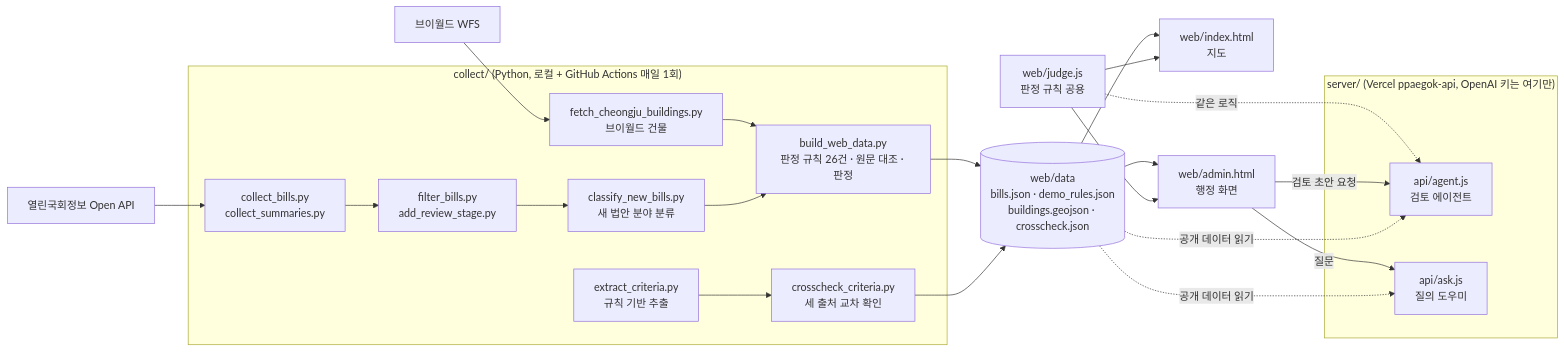
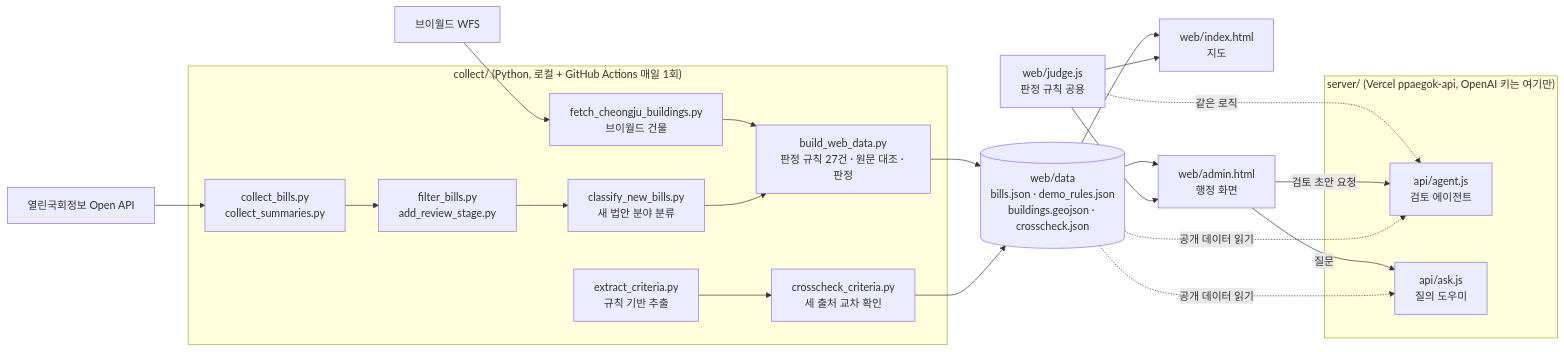
One commit to cbnu-lawmap/law-impact-map changed the diagram in README.md. Above: the diagram before and after it, drawn with Mermaid. The commit also changed other lines of this file and 9 other files, not shown here.

````diff
--- a/README.md
+++ b/README.md
@@ -85,25 +85,25 @@
 ```mermaid
 flowchart LR
   subgraph collect["collect/ (Python, 로컬 + GitHub Actions 매일 1회)"]
     A1[collect_bills.py<br/>collect_summaries.py] --> A2[filter_bills.py<br/>add_review_stage.py]
     A2 --> A3[classify_new_bills.py<br/>새 법안 분야 분류]
     A4[fetch_cheongju_buildings.py<br/>브이월드 건물] --> B
-    A3 --> B[build_web_data.py<br/>판정 규칙 26건 · 원문 대조 · 판정]
+    A3 --> B[build_web_data.py<br/>판정 규칙 27건 · 원문 대조 · 판정]
     C1[extract_criteria.py<br/>규칙 기반 추출] --> C2[crosscheck_criteria.py<br/>세 출처 교차 확인]
   end
   API[열린국회정보 Open API] --> A1
   VW[브이월드 WFS] --> A4
   B --> D[(web/data<br/>bills.json · demo_rules.json<br/>buildings.geojson · crosscheck.json)]
   C2 --> D
   D --> W1[web/index.html<br/>지도]
   D --> W2[web/admin.html<br/>행정 화면]
   J[web/judge.js<br/>판정 규칙 공용] --> W1 & W2
   J -. 같은 로직 .-> S2
   subgraph server["server/ (Vercel ppaegok-api, OpenAI 키는 여기만)"]
     S1[api/ask.js<br/>질의 도우미]
     S2[api/agent.js<br/>검토 에이전트]
   end
   W2 -- 질문 --> S1
   W2 -- 검토 초안 요청 --> S2
   D -. 공개 데이터 읽기 .-> S1 & S2
 ```
````
